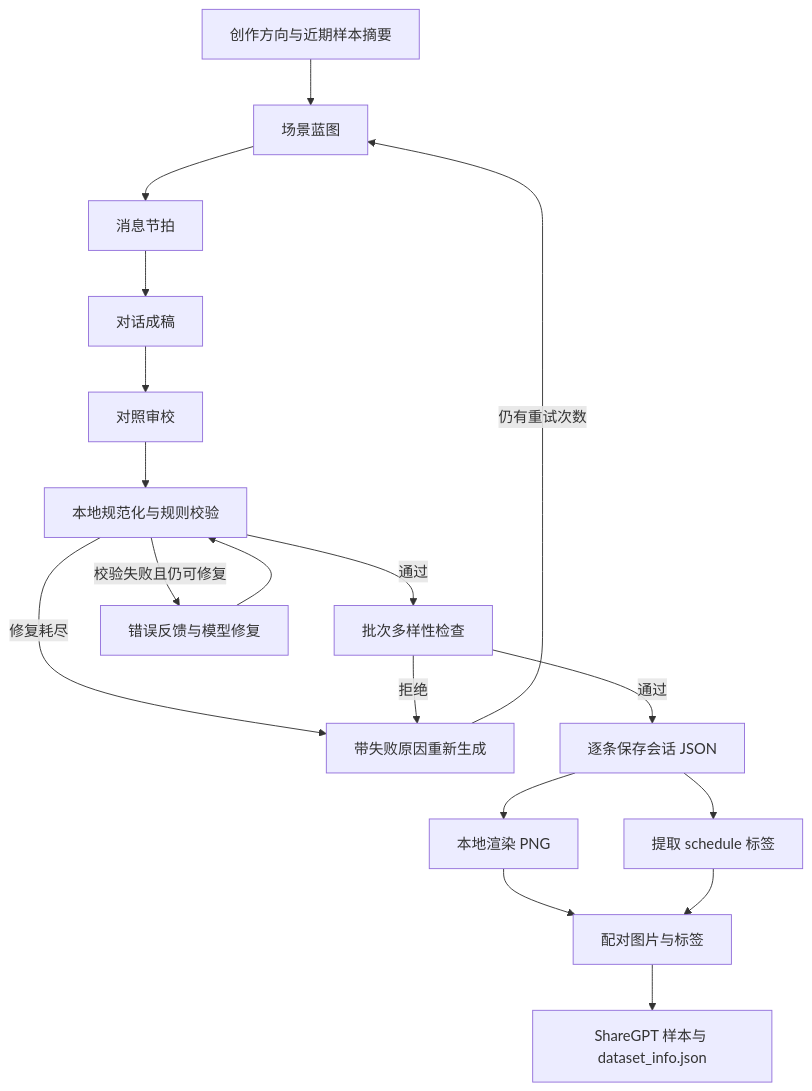
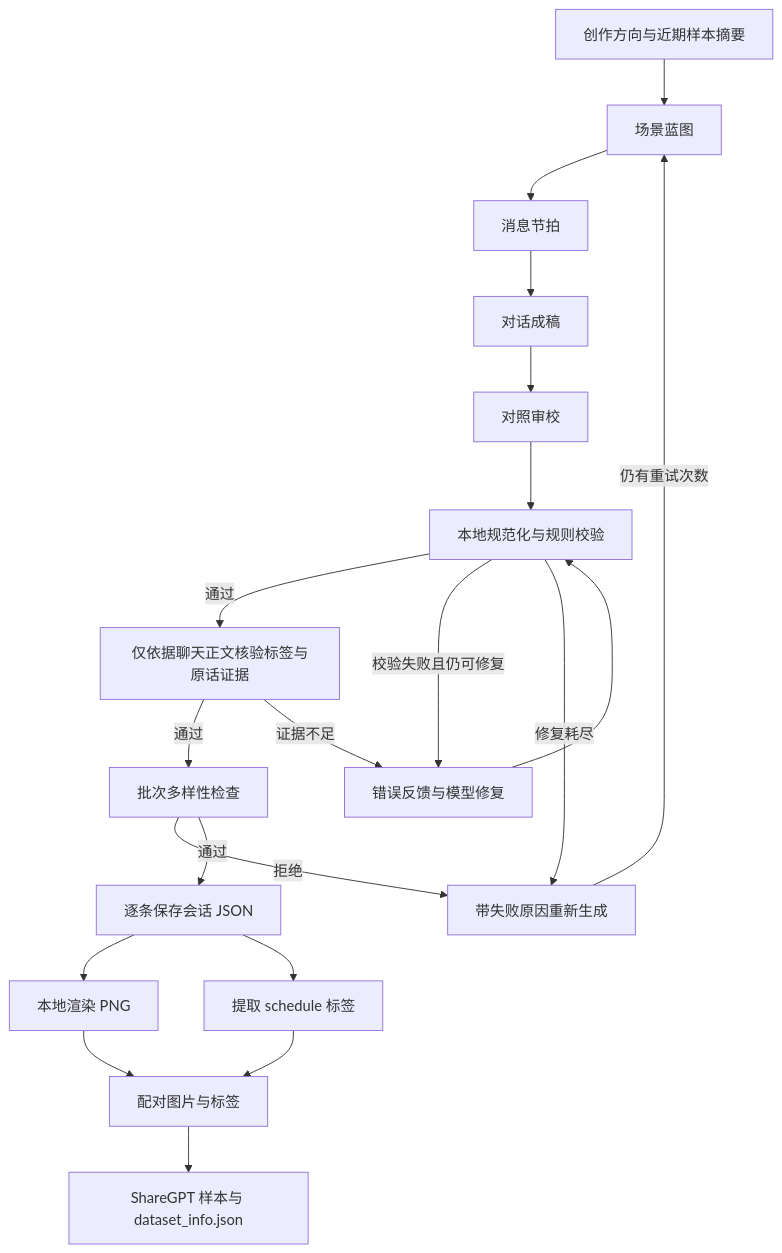
The diagram in docs/architecture.md (Ljw030710/wechat-dataset-generator), drawn with Mermaid before and after one commit. The commit also changed other lines of this file and 11 other files, not shown here.

````diff
--- a/docs/architecture.md
+++ b/docs/architecture.md
@@ -12,20 +12,22 @@
 ```mermaid
 flowchart TD
     A[创作方向与近期样本摘要] --> B[场景蓝图]
     B --> C[消息节拍]
     C --> D[对话成稿]
     D --> E[对照审校]
     E --> F[本地规范化与规则校验]
-    F -->|通过| G[批次多样性检查]
+    F -->|通过| V[仅依据聊天正文核验标签与原话证据]
+    V -->|通过| G[批次多样性检查]
+    V -->|证据不足| H
     F -->|校验失败且仍可修复| H[错误反馈与模型修复]
     H --> F
     F -->|修复耗尽| R[带失败原因重新生成]
     G -->|拒绝| R
     R -->|仍有重试次数| B
     G -->|通过| I[逐条保存会话 JSON]
     I --> J[本地渲染 PNG]
     I --> K[提取 schedule 标签]
     J --> L[配对图片与标签]
     K --> L
     L --> M[ShareGPT 样本与 dataset_info.json]
 ```
````
